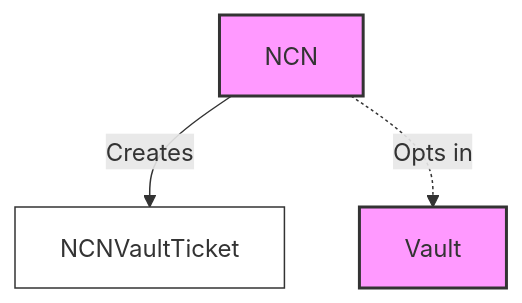
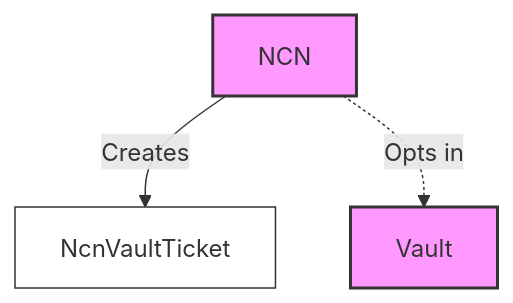
Before and after one commit to jito-foundation/restaking: the third of 5 diagrams in docs/concepts/restaking_program.md, drawn with Mermaid. The commit also changed other lines of this file and 1 other file, not shown here.

````diff
--- a/docs/concepts/restaking_program.md
+++ b/docs/concepts/restaking_program.md
@@ -90,10 +90,10 @@
 ```mermaid
 graph TD
     classDef main fill: #f9f, stroke: #333, stroke-width: 2px;
     classDef ticket fill: #fff, stroke: #333, stroke-width: 1px;
     NCN[NCN]:::main
     Vault[Vault]:::main
-    NcnVaultTicket[NCNVaultTicket]:::ticket
+    NcnVaultTicket[NcnVaultTicket]:::ticket
     NCN -->|Creates| NcnVaultTicket
     NCN -.->|Opts in| Vault
 ```
````
